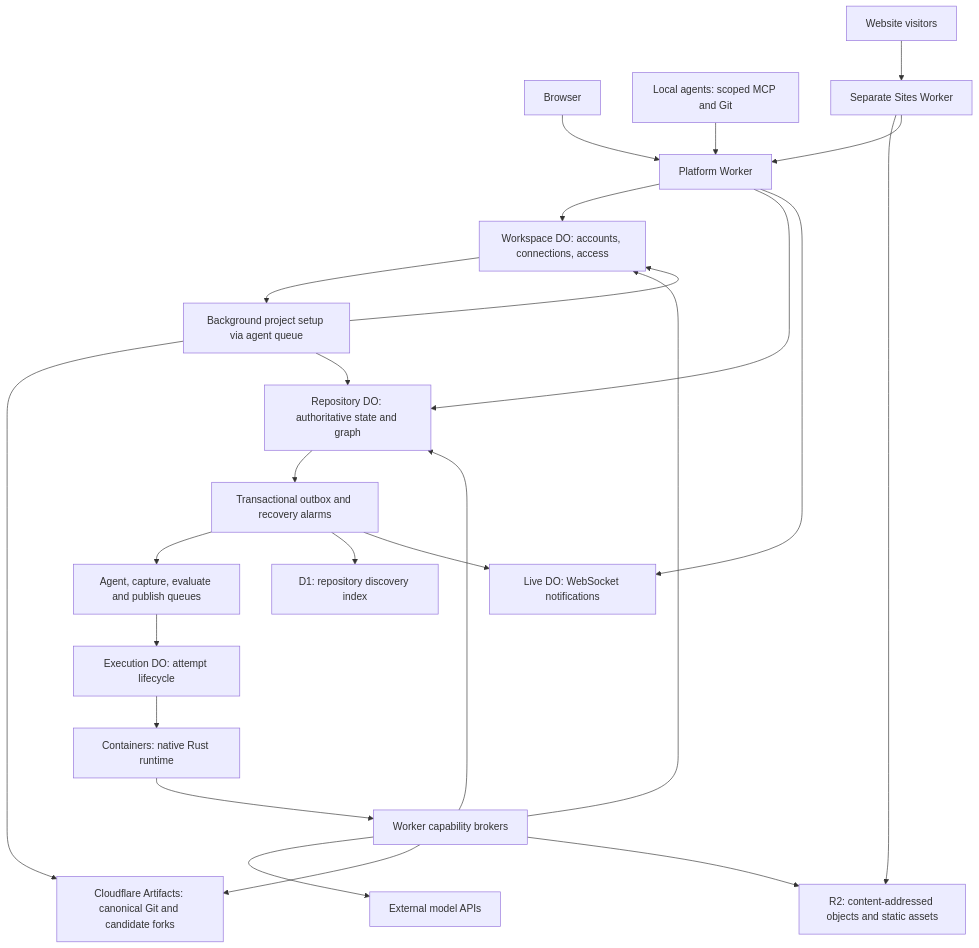
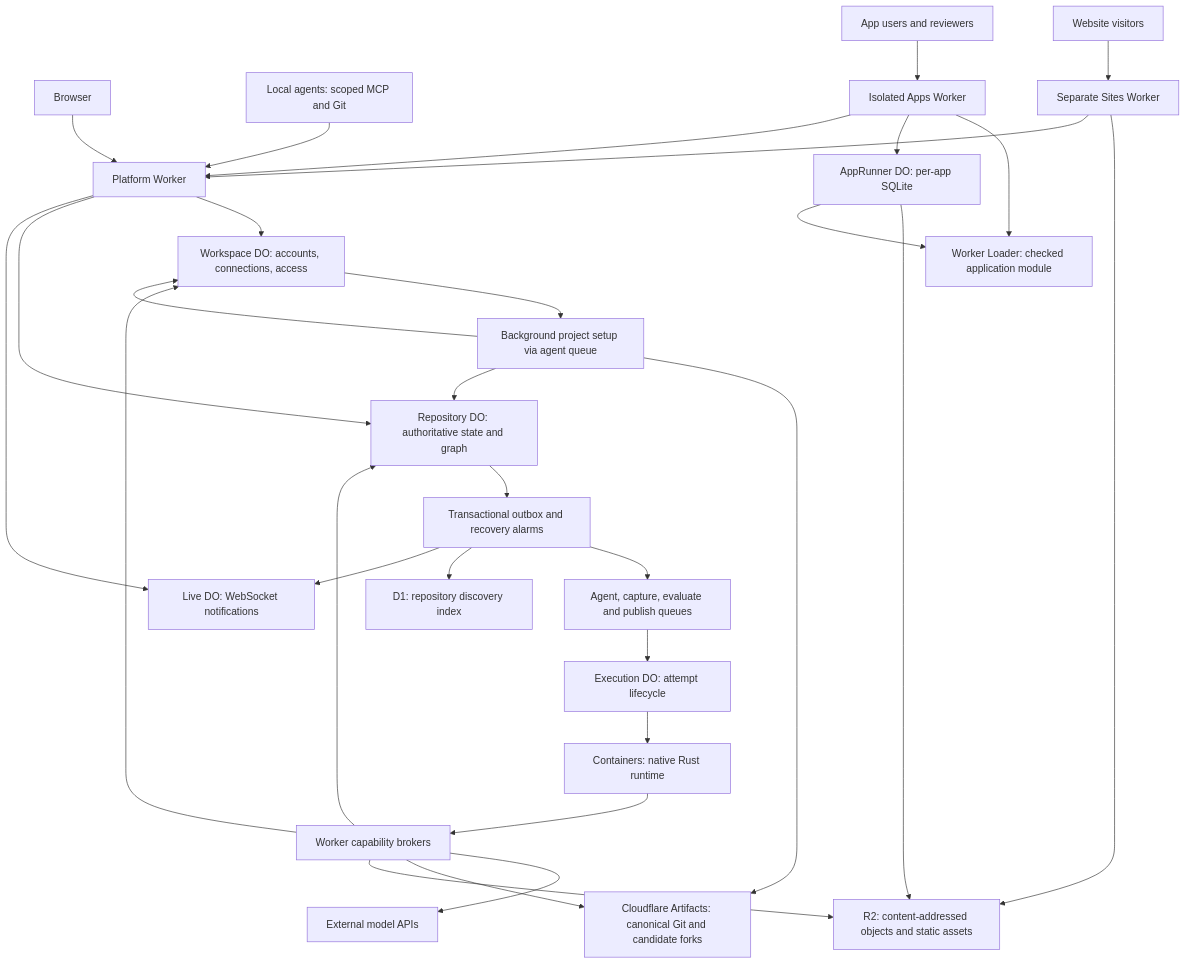
Before and after one commit to YonedaAI/yonedarepo: the diagram in docs/current-state-architecture.md, drawn with Mermaid. The commit also changed other lines of this file and 228 other files, not shown here.

Commit message:
feat: coordinate bounded agent app development with checked working branches

````diff
--- a/docs/current-state-architecture.md
+++ b/docs/current-state-architecture.md
@@ -61,31 +61,37 @@
 ```mermaid
 flowchart TD
     Browser["Browser"] --> Worker["Platform Worker"]
     LocalAgent["Local agents: scoped MCP and Git"] --> Worker
 
     Worker --> Workspace["Workspace DO: accounts, connections, access"]
     Worker --> Repo["Repository DO: authoritative state and graph"]
     Worker --> Live["Live DO: WebSocket notifications"]
     Workspace --> Setup["Background project setup via agent queue"]
     Setup --> Artifacts
     Setup --> Repo
     Setup --> Workspace
 
     Repo --> Outbox["Transactional outbox and recovery alarms"]
     Outbox --> Queues["Agent, capture, evaluate and publish queues"]
     Outbox --> D1["D1: repository discovery index"]
     Outbox --> Live
 
     Queues --> Execution["Execution DO: attempt lifecycle"]
     Execution --> Containers["Containers: native Rust runtime"]
     Containers --> Broker["Worker capability brokers"]
     Broker --> Providers["External model APIs"]
     Broker --> Artifacts["Cloudflare Artifacts: canonical Git and candidate forks"]
     Broker --> R2["R2: content-addressed objects and static assets"]
     Broker --> Repo
     Broker --> Workspace
 
     Visitors["Website visitors"] --> Sites["Separate Sites Worker"]
     Sites --> R2
     Sites --> Worker
+    AppVisitors["App users and reviewers"] --> Apps["Isolated Apps Worker"]
+    Apps --> Loader["Worker Loader: checked application module"]
+    Apps --> AppState["AppRunner DO: per-app SQLite"]
+    Apps --> Worker
+    AppState --> R2
+    AppState --> Loader
 ```
````
